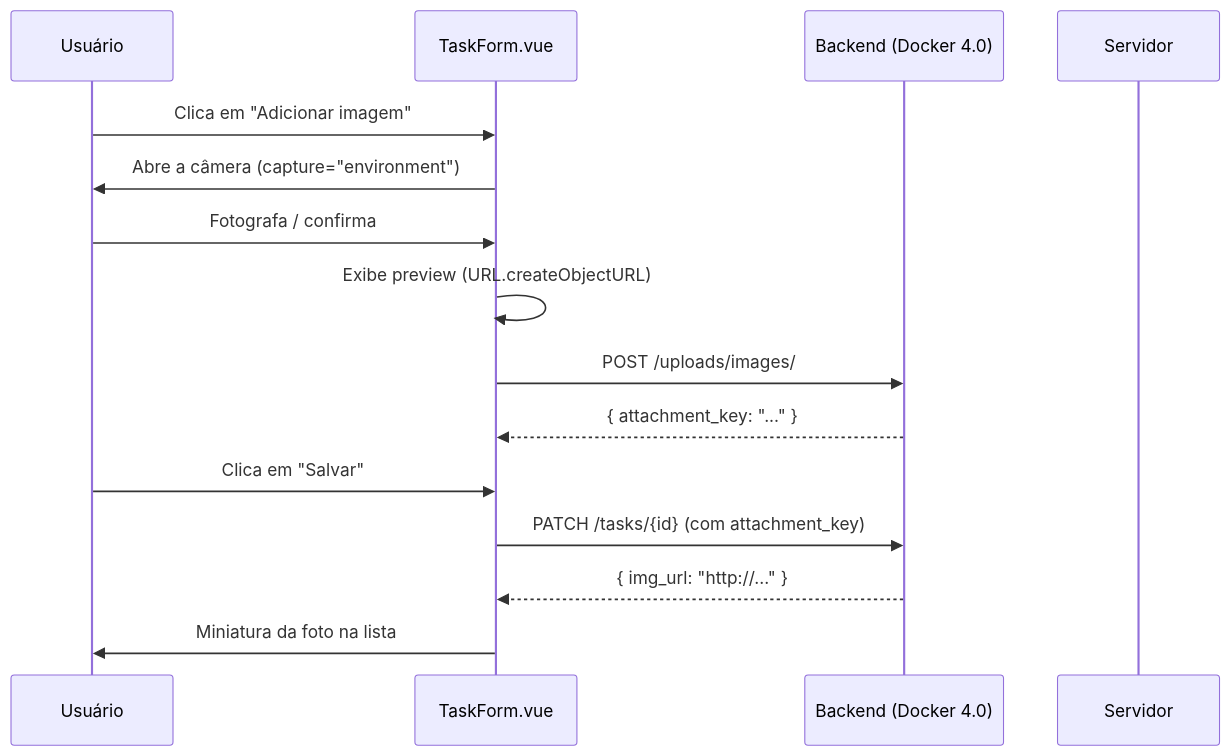
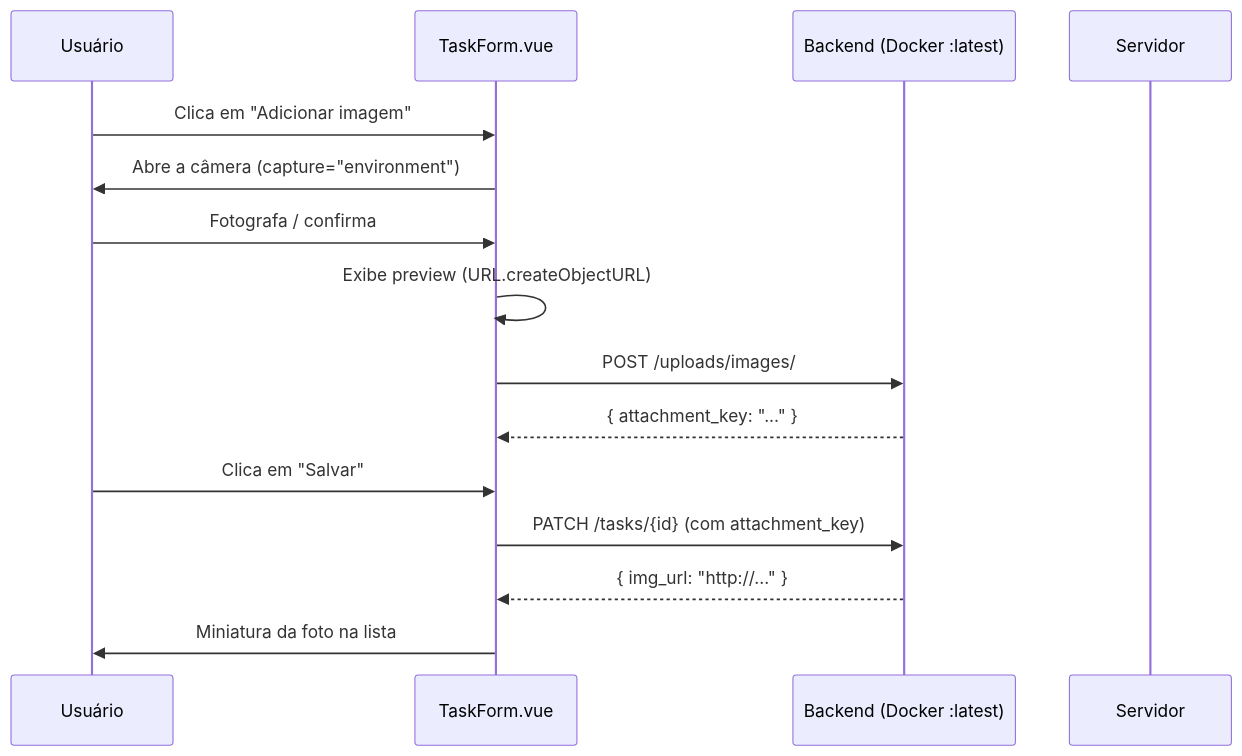
Before and after one commit to eduardo-da-silva/desenvolvimento-mobile: the diagram in docs/unidade9/tutorial/index.md, drawn with Mermaid. The commit also changed other lines of this file and 18 other files, not shown here.

````diff
--- a/docs/unidade9/tutorial/index.md
+++ b/docs/unidade9/tutorial/index.md
@@ -7,18 +7,18 @@
 ```mermaid
 sequenceDiagram
     participant U as Usuário
     participant TF as TaskForm.vue
-    participant API as Backend (Docker 4.0)
+    participant API as Backend (Docker :latest)
     participant S as Servidor
 
     U->>TF: Clica em "Adicionar imagem"
     TF->>U: Abre a câmera (capture="environment")
     U->>TF: Fotografa / confirma
     TF->>TF: Exibe preview (URL.createObjectURL)
     TF->>API: POST /uploads/images/
     API-->>TF: { attachment_key: "..." }
     U->>TF: Clica em "Salvar"
     TF->>API: PATCH /tasks/{id} (com attachment_key)
     API-->>TF: { img_url: "http://..." }
     TF->>U: Miniatura da foto na lista
 ```
````
